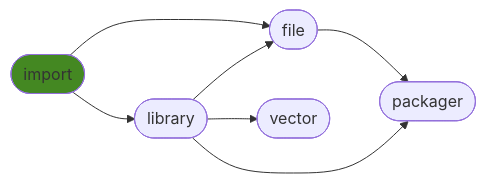
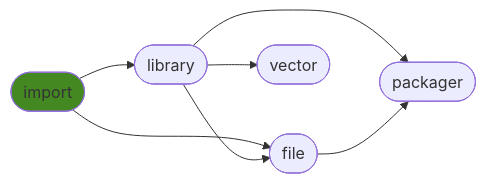
Before and after one commit to ManderaGeneral/generalimport: the diagram in README.md, drawn with Mermaid. The commit also changed other lines of this file, not shown here.

````diff
--- a/README.md
+++ b/README.md
@@ -28,15 +28,15 @@
 ```mermaid
 flowchart LR
+1([library]) --> 3([vector])
+1([library]) --> 4([packager])
 0([import]) --> 2([file])
+1([library]) --> 2([file])
 0([import]) --> 1([library])
 2([file]) --> 4([packager])
-1([library]) --> 4([packager])
-1([library]) --> 2([file])
-1([library]) --> 3([vector])
 click 0 "https://github.com/ManderaGeneral/generalimport"
 click 1 "https://github.com/ManderaGeneral/generallibrary"
 click 2 "https://github.com/ManderaGeneral/generalfile"
 click 3 "https://github.com/ManderaGeneral/generalvector"
 click 4 "https://github.com/ManderaGeneral/generalpackager"
 style 0 fill:#482
 ```
````
